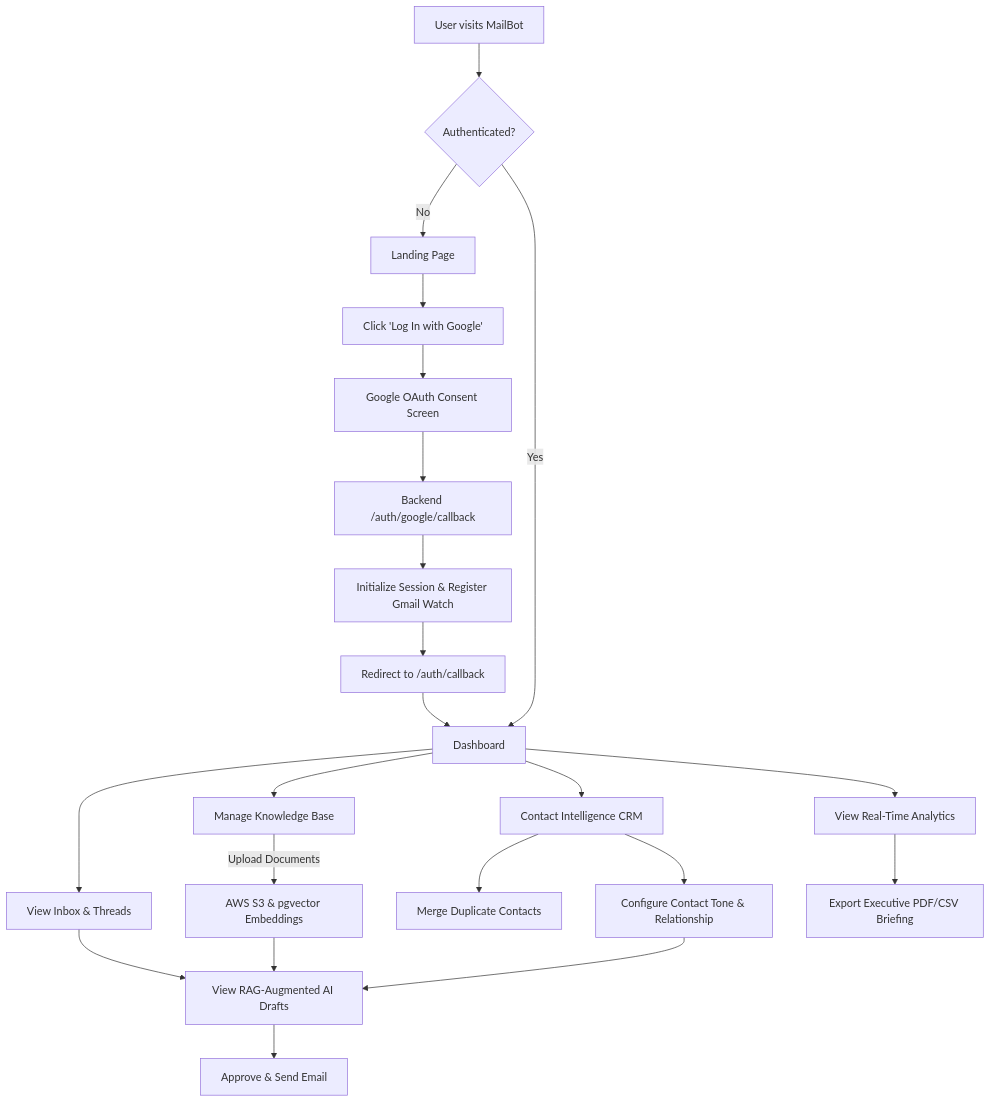
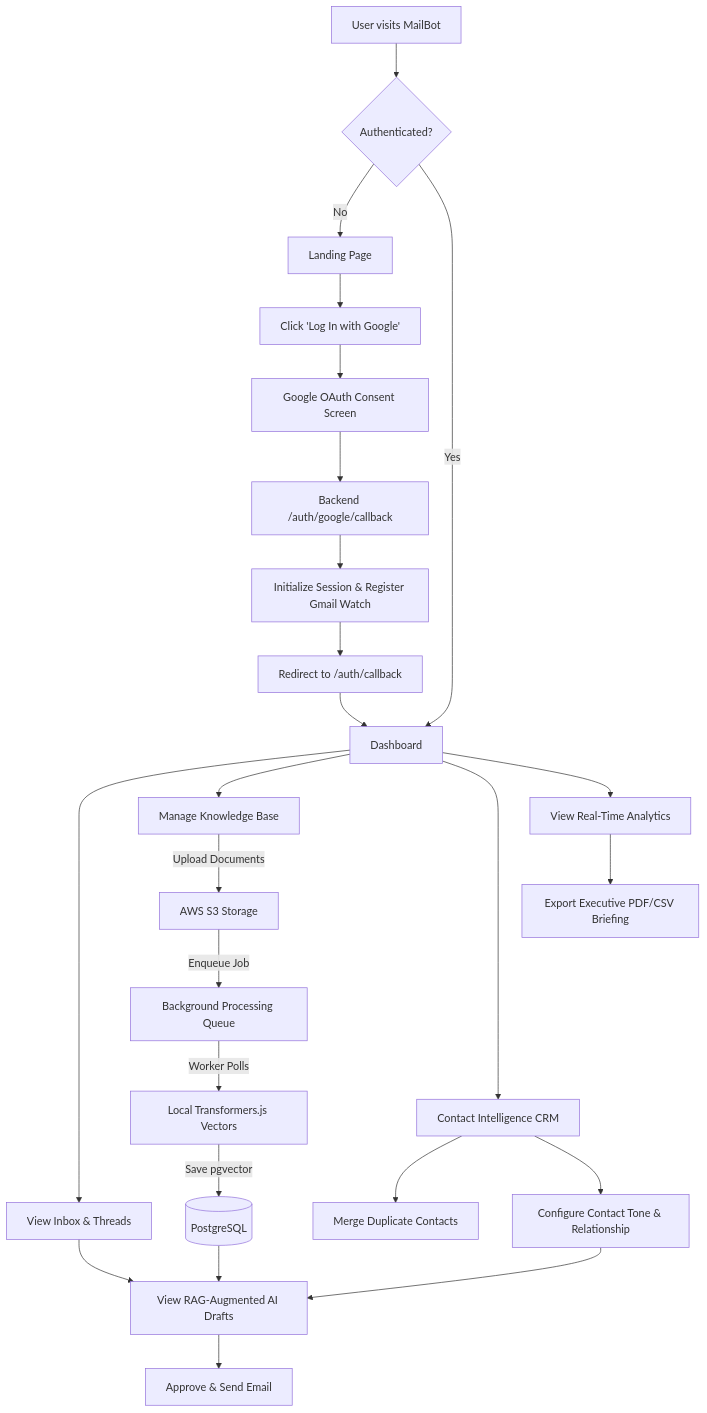
One commit to Lancerhawk/MailBot changed the first of 5 diagrams in README.md. Above: the diagram before and after it, drawn with Mermaid. The commit also changed other lines of this file and 37 other files, not shown here.

First line of the commit message:
feat: migrate to local Transformers.js embeddings and background workers

````diff
--- a/README.md
+++ b/README.md
@@ -71,24 +71,27 @@
 ```mermaid
 graph TD
     A[User visits MailBot] --> B{Authenticated?}
     B -->|No| C[Landing Page]
     C --> D[Click 'Log In with Google']
     D --> E[Google OAuth Consent Screen]
     E --> F[Backend /auth/google/callback]
     F --> G[Initialize Session & Register Gmail Watch]
     G --> H[Redirect to /auth/callback]
     H --> I[Dashboard]
     B -->|Yes| I[Dashboard]
     I --> J[View Inbox & Threads]
     I --> K[Manage Knowledge Base]
     I --> O[Contact Intelligence CRM]
     I --> R[View Real-Time Analytics]
     R --> S[Export Executive PDF/CSV Briefing]
     O --> P[Merge Duplicate Contacts]
     O --> Q[Configure Contact Tone & Relationship]
-    K --> |Upload Documents| L[AWS S3 & pgvector Embeddings]
+    K --> |Upload Documents| L[AWS S3 Storage]
+    L --> |Enqueue Job| JobQ[Background Processing Queue]
+    JobQ --> |Worker Polls| Embed[Local Transformers.js Vectors]
+    Embed --> |Save pgvector| DB[(PostgreSQL)]
     J --> M[View RAG-Augmented AI Drafts]
-    L --> M
+    DB --> M
     Q --> M
     M --> N[Approve & Send Email]
 ```
````
